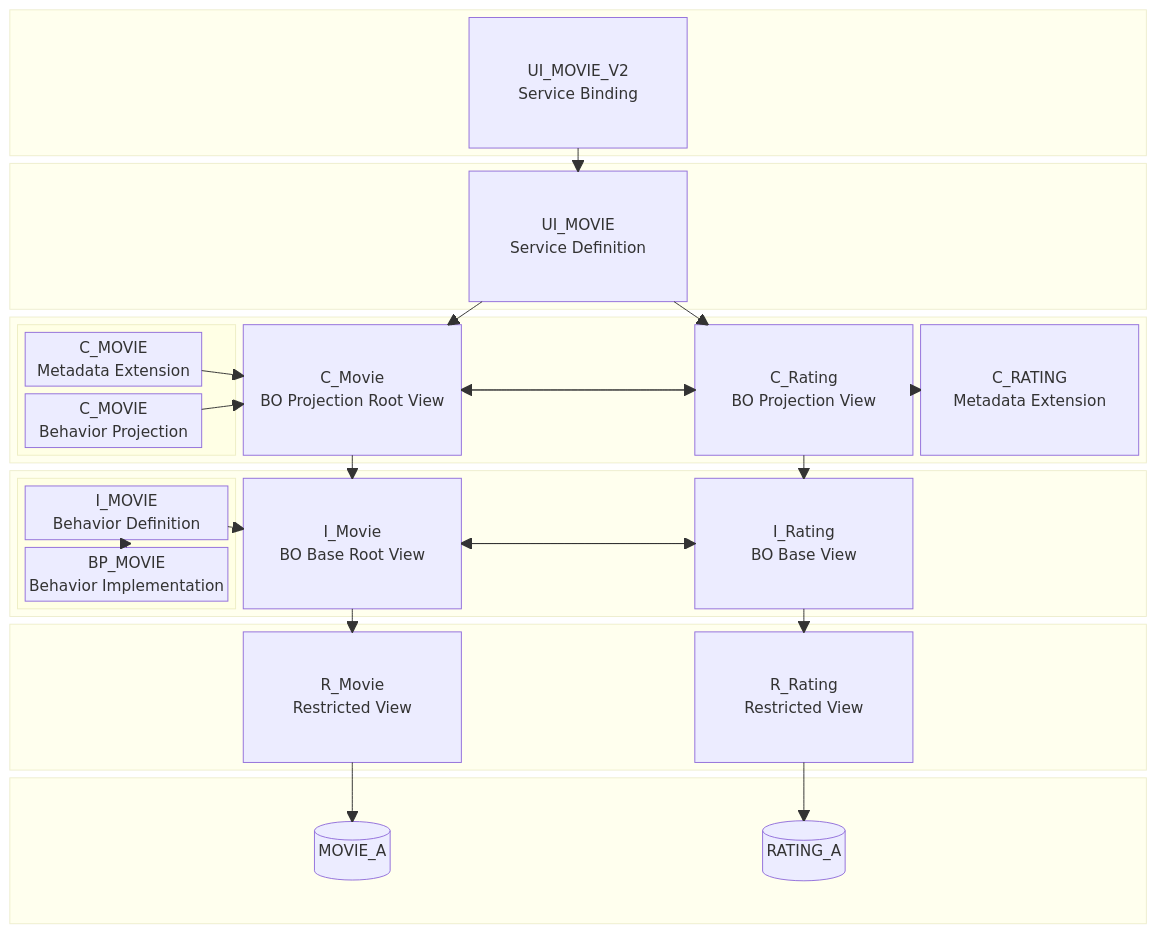
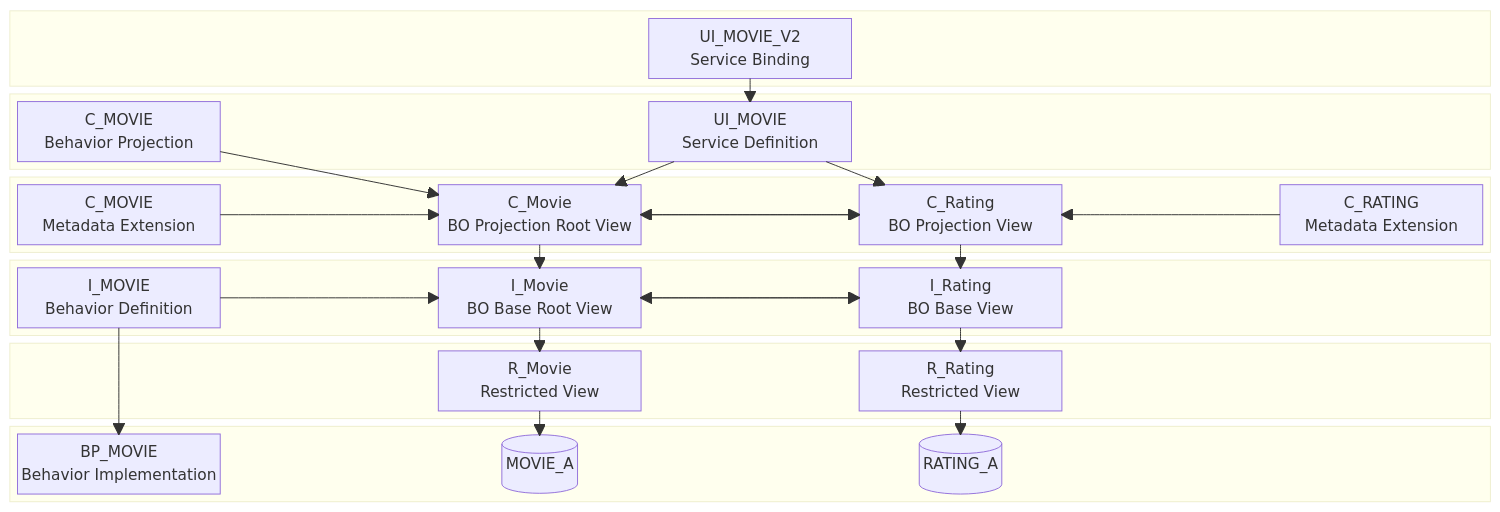
The second of 3 diagrams in README.md (appenmaier/abap_movie), drawn with Mermaid before and after one commit. The commit also changed other lines of this file, not shown here.

```diff
--- a/README.md
+++ b/README.md
@@ -38,49 +43,51 @@
    block
       space
       space
+      space
       UI_MOVIE_V2["UI_MOVIE_V2
                    Service Binding"]
       space
       space
+      space
    end
    block
+      C_MOVIE["C_MOVIE
+               Behavior Projection"]
       space
       space
       UI_MOVIE["UI_MOVIE
                 Service Definition"]
       space
       space
+      space
    end
-   block
-      block columns 1
-         C_MOVIE["C_MOVIE
-                  Metadata Extension"]
-         C_MOVIE2["C_MOVIE
-                   Behavior Projection"]
-      end
+   block     
+      C_MOVIE2["C_MOVIE
+                Metadata Extension"]
+      space
       C_Movie["C_Movie
                BO Projection Root View"]
       space
       C_Rating["C_Rating
                 BO Projection View"]
+      space
       C_RATING["C_RATING
                 Metadata Extension"]
    end
    block
-      block columns 1
-         I_MOVIE["I_MOVIE
-                  Behavior Definition"]
-         BP_MOVIE["BP_MOVIE
-                   Behavior Implementation"]
-      end
+      I_MOVIE["I_MOVIE
+               Behavior Definition"]
+      space
       I_Movie["I_Movie
                BO Base Root View"]
       space
       I_Rating["I_Rating
                 BO Base View"]
       space
+      space
    end
    block
+      space
       space
       R_Movie["R_Movie
                Restricted View"]
@@ -88,12 +95,16 @@
       R_Rating["R_Rating
                 Restricted View"]
       space
+      space
    end
    block
+      BP_MOVIE["BP_MOVIE
+                Behavior Implementation"]
       space
       MOVIE_A[("MOVIE_A")]
       space
       RATING_A[("RATING_A")]
+      space
       space
    end
 
@@ -109,7 +120,7 @@
    C_Rating-->C_Movie
    I_Movie-->R_Movie
    I_MOVIE-->I_Movie
-   BP_MOVIE-->I_MOVIE
+   I_MOVIE-->BP_MOVIE
    I_Movie-->I_Rating
    I_Rating-->I_Movie
    I_Rating-->R_Rating
```
